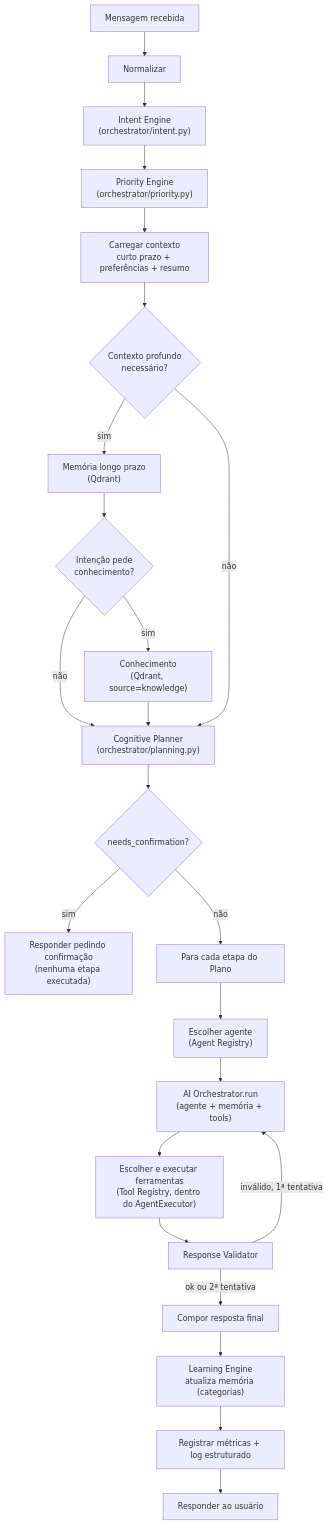
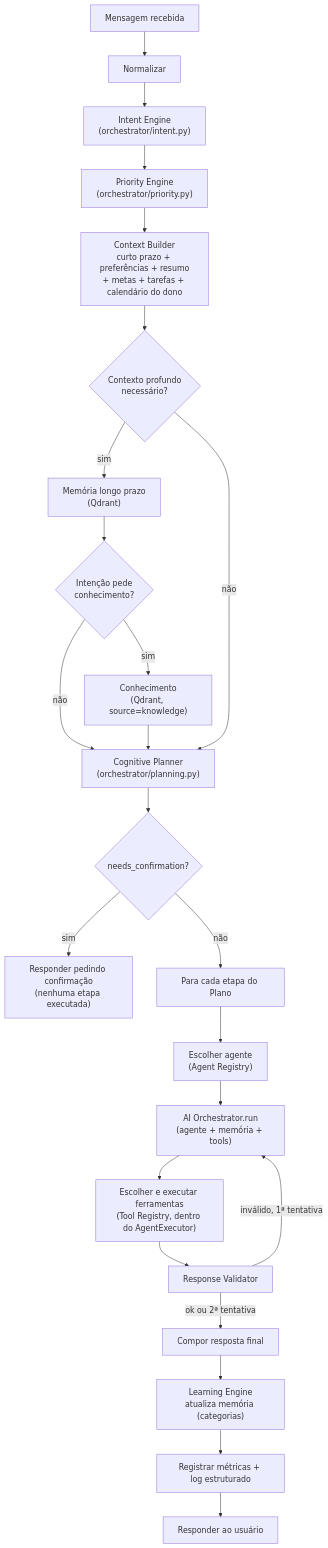
Before and after one commit to prdariomarques-ship-it/ship-it: the third of 10 diagrams in docs/architecture.md, drawn with Mermaid. The commit also changed other lines of this file and 7 other files, not shown here.

````diff
--- a/docs/architecture.md
+++ b/docs/architecture.md
@@ -147,26 +147,26 @@
 ```mermaid
 flowchart TD
     A[Mensagem recebida] --> B[Normalizar]
     B --> C["Intent Engine\n(orchestrator/intent.py)"]
     C --> D["Priority Engine\n(orchestrator/priority.py)"]
-    D --> E["Carregar contexto\ncurto prazo + preferências + resumo"]
+    D --> E["Context Builder\ncurto prazo + preferências + resumo\n+ metas + tarefas + calendário do dono"]
     E --> F{"Contexto profundo\nnecessário?"}
     F -- sim --> G["Memória longo prazo\n(Qdrant)"]
     G --> H{"Intenção pede\nconhecimento?"}
     H -- sim --> I["Conhecimento\n(Qdrant, source=knowledge)"]
     H -- não --> J
     I --> J["Cognitive Planner\n(orchestrator/planning.py)"]
     F -- não --> J
     J --> K{"needs_confirmation?"}
     K -- sim --> L["Responder pedindo confirmação\n(nenhuma etapa executada)"]
     K -- não --> M["Para cada etapa do Plano"]
     M --> N["Escolher agente\n(Agent Registry)"]
     N --> O["AI Orchestrator.run\n(agente + memória + tools)"]
     O --> P["Escolher e executar ferramentas\n(Tool Registry, dentro do AgentExecutor)"]
     P --> Q["Response Validator"]
     Q -- inválido, 1ª tentativa --> O
     Q -- ok ou 2ª tentativa --> R["Compor resposta final"]
     R --> S["Learning Engine\natualiza memória (categorias)"]
     S --> T["Registrar métricas + log estruturado"]
     T --> U[Responder ao usuário]
 ```
````
